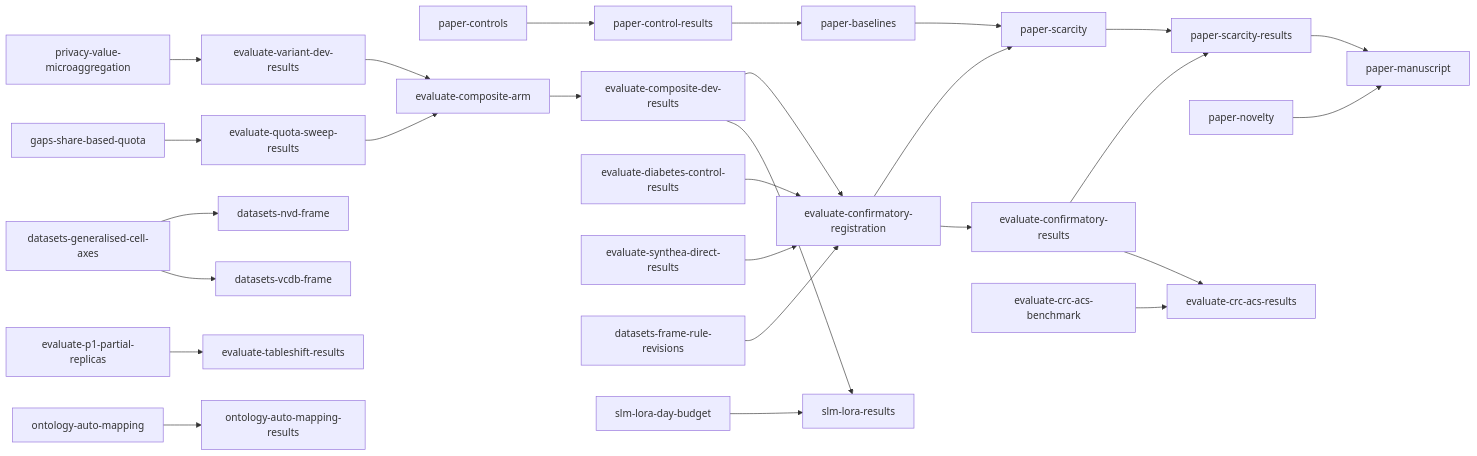
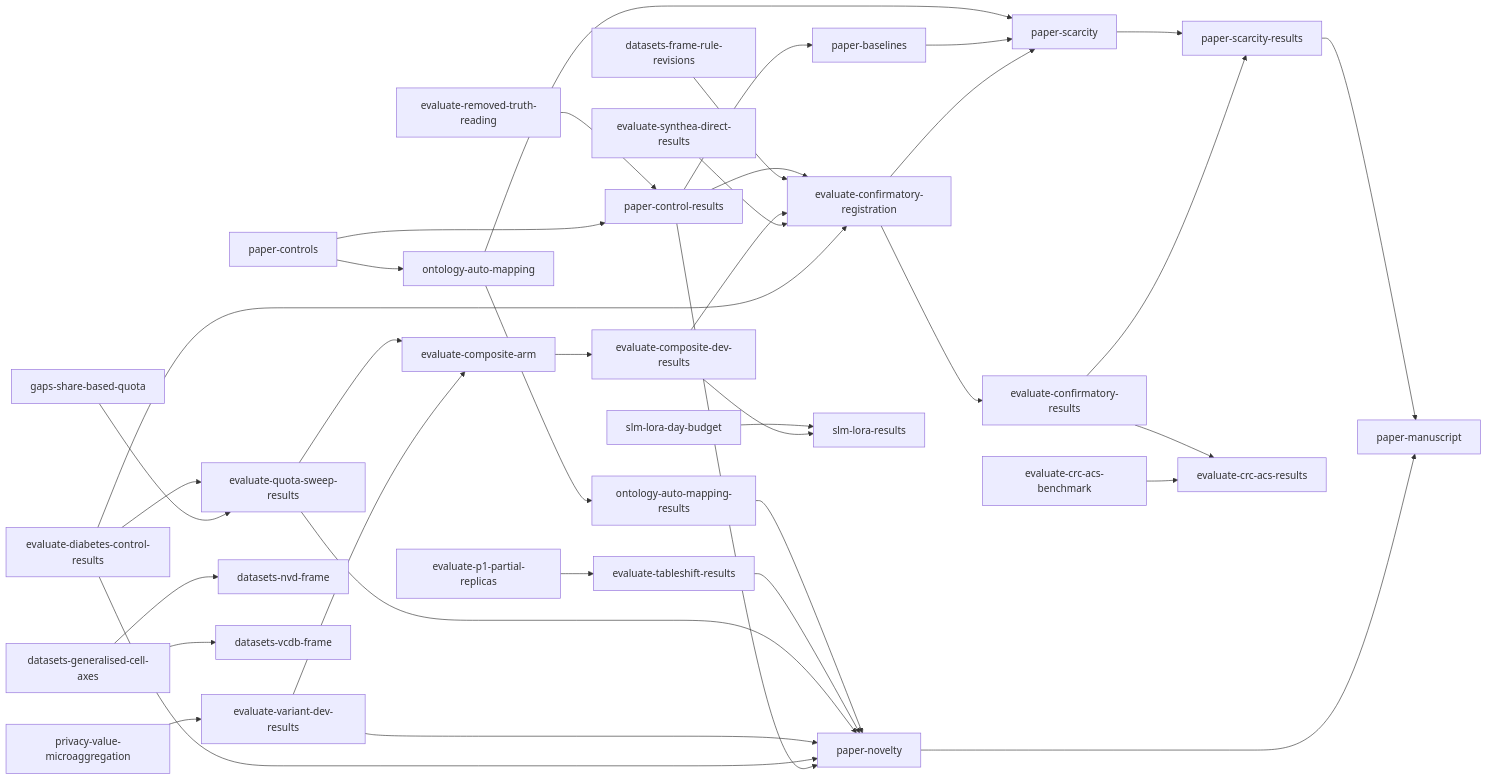
The diagram in tasks/direct-index.md (joe-dartmouth/synthetic), drawn with Mermaid before and after one commit. The commit also changed other lines of this file and 32 other files, not shown here.

````diff
--- a/tasks/direct-index.md
+++ b/tasks/direct-index.md
@@ -84,29 +131,40 @@
 ```mermaid
 flowchart LR
     p1[paper-controls] --> p2[paper-control-results]
     p2[paper-control-results] --> p3[paper-baselines]
     u30[evaluate-confirmatory-registration] --> p4[paper-scarcity]
     u31[evaluate-confirmatory-results] --> p5[paper-scarcity-results]
     p3[paper-baselines] --> p4[paper-scarcity]
     p4[paper-scarcity] --> p5[paper-scarcity-results]
     p0[paper-novelty] --> p6[paper-manuscript]
     p5[paper-scarcity-results] --> p6[paper-manuscript]
     u16[privacy-value-microaggregation] --> u19[evaluate-variant-dev-results]
     u20[gaps-share-based-quota] --> u21[evaluate-quota-sweep-results]
     u50[datasets-generalised-cell-axes] --> u52[datasets-nvd-frame]
     u50 --> u53[datasets-vcdb-frame]
     u19 --> u28[evaluate-composite-arm]
     u21 --> u28
     u28 --> u29[evaluate-composite-dev-results]
     u7[evaluate-diabetes-control-results] --> u30[evaluate-confirmatory-registration]
     u8[evaluate-synthea-direct-results] --> u30
     u29 --> u30
     u56[datasets-frame-rule-revisions] --> u30
     u30 --> u31[evaluate-confirmatory-results]
     u54[evaluate-p1-partial-replicas] --> u55[evaluate-tableshift-results]
     u41[evaluate-crc-acs-benchmark] --> u42[evaluate-crc-acs-results]
     u31 --> u42
     u32[ontology-auto-mapping] --> u33[ontology-auto-mapping-results]
     u29 --> u36[slm-lora-results]
     u51[slm-lora-day-budget] --> u36
+    u7[evaluate-diabetes-control-results] --> u21[evaluate-quota-sweep-results]
+    p2[paper-control-results] --> u30[evaluate-confirmatory-registration]
+    p2[paper-control-results] --> p0[paper-novelty]
+    u57[evaluate-removed-truth-reading] --> p2[paper-control-results]
+    p1[paper-controls] --> u32[ontology-auto-mapping]
+    u32[ontology-auto-mapping] --> p4[paper-scarcity]
+    u7[evaluate-diabetes-control-results] --> p0[paper-novelty]
+    u19[evaluate-variant-dev-results] --> p0[paper-novelty]
+    u21[evaluate-quota-sweep-results] --> p0[paper-novelty]
+    u55[evaluate-tableshift-results] --> p0[paper-novelty]
+    u33[ontology-auto-mapping-results] --> p0[paper-novelty]
 ```
````
